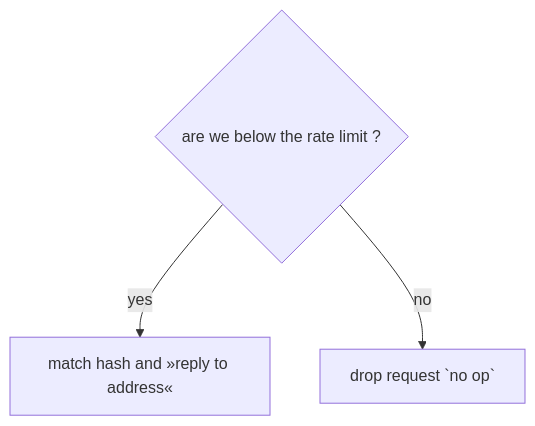
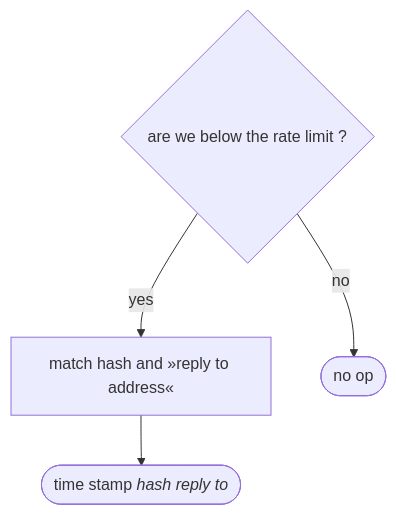
Before and after one commit to anoma/nspec: the diagram in overrides/templates/guarded-action-template.md, drawn with Mermaid. The commit also changed other lines of this file, not shown here.

Commit message:
describe the guard in more detail and expand the flow chart accordingly

````diff
--- a/overrides/templates/guarded-action-template.md
+++ b/overrides/templates/guarded-action-template.md
@@ -71,6 +90,8 @@
 	```mermaid
 	flowchart TD
 		check{are we below the rate limit ?}
 		check -->|yes| A[match hash and »reply to address«]
-		check -->|no| B[drop request `no op`]
+	    A --> doA(["` time stamp _hash_ _reply to_ `"])
+		check -->|no| B(["` no op `"])
+		
 	```
````
